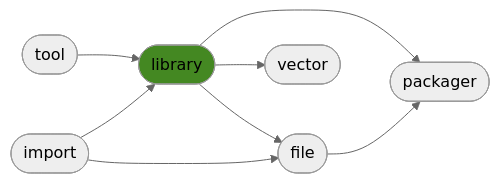
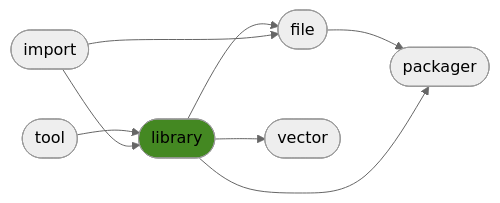
One commit to ManderaGeneral/generallibrary changed the diagram in README.md. Above: the diagram before and after it, drawn with Mermaid (neutral theme). The commit also changed other lines of this file, not shown here.

````diff
--- a/README.md
+++ b/README.md
@@ -24,17 +24,17 @@
 ```mermaid
 flowchart LR
-2([library]) --> 5([packager])
 3([file]) --> 5([packager])
 1([tool]) --> 2([library])
 0([import]) --> 2([library])
+2([library]) --> 5([packager])
+2([library]) --> 3([file])
 0([import]) --> 3([file])
 2([library]) --> 4([vector])
-2([library]) --> 3([file])
 click 0 "https://github.com/ManderaGeneral/generalimport"
 click 1 "https://github.com/ManderaGeneral/generaltool"
 click 2 "https://github.com/ManderaGeneral/generallibrary"
 click 3 "https://github.com/ManderaGeneral/generalfile"
 click 4 "https://github.com/ManderaGeneral/generalvector"
 click 5 "https://github.com/ManderaGeneral/generalpackager"
 style 2 fill:#482
 ```
````
